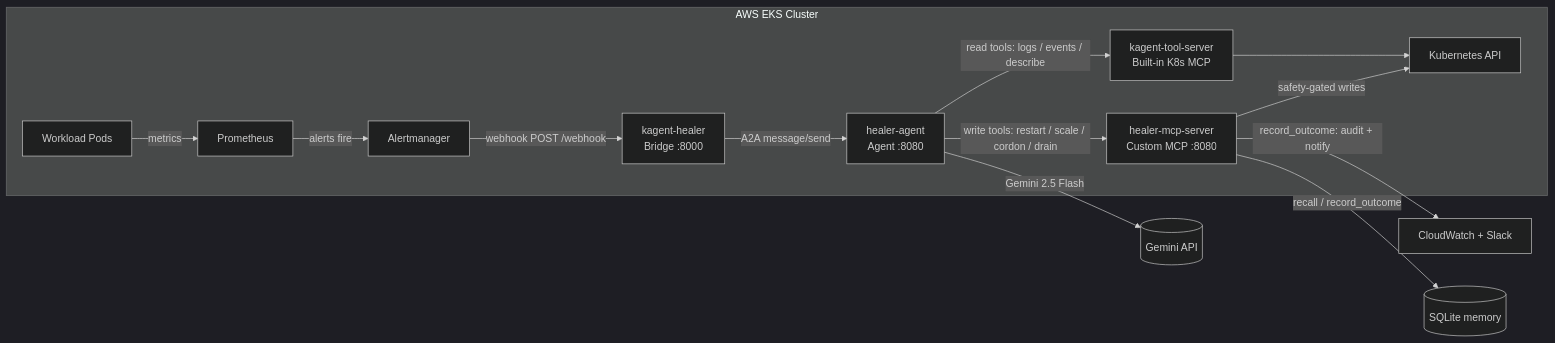
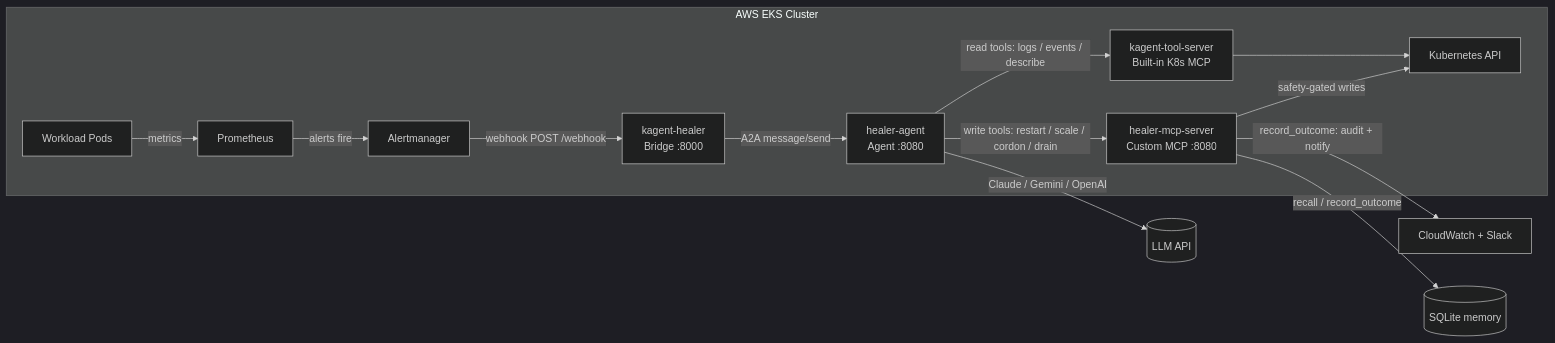
Before and after one commit to Abhiram-Rakesh/Self-Healing-K8s-Kagent: the diagram in README.md, drawn with Mermaid (dark theme). The commit also changed other lines of this file and 2 other files, not shown here.

First line of the commit message:
feat: make LLM provider pluggable — add Claude Haiku as default, keep Gemini as alternative

````diff
--- a/README.md
+++ b/README.md
@@ -21,16 +26,16 @@
 ```mermaid
 flowchart LR
     subgraph K8s["AWS EKS Cluster"]
         P[Workload Pods] -->|metrics| PR[Prometheus]
         PR -->|alerts fire| AM[Alertmanager]
         AM -->|webhook POST /webhook| BR[kagent-healer\nBridge :8000]
         BR -->|A2A message/send| AG[healer-agent\nAgent :8080]
         AG -->|read tools: logs / events / describe| KTS[kagent-tool-server\nBuilt-in K8s MCP]
         AG -->|write tools: restart / scale / cordon / drain| HMS[healer-mcp-server\nCustom MCP :8080]
         KTS --> K8sAPI[Kubernetes API]
         HMS -->|safety-gated writes| K8sAPI
     end
-    AG -->|Gemini 2.5 Flash| G[(Gemini API)]
+    AG -->|Claude / Gemini / OpenAI| G[(LLM API)]
     HMS -->|record_outcome: audit + notify| CW[CloudWatch + Slack]
     HMS -->|recall / record_outcome| MEM[(SQLite memory)]
 ```
````
